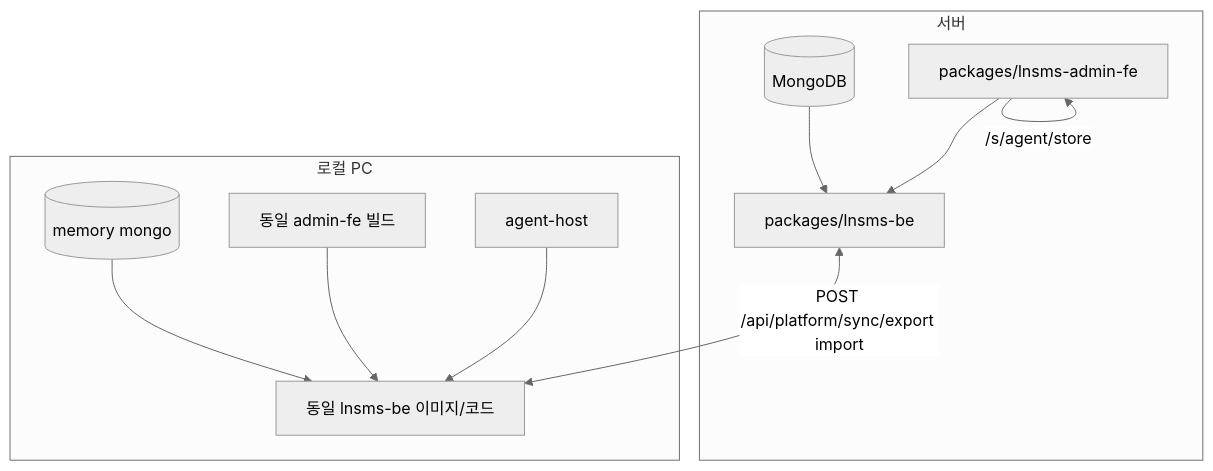
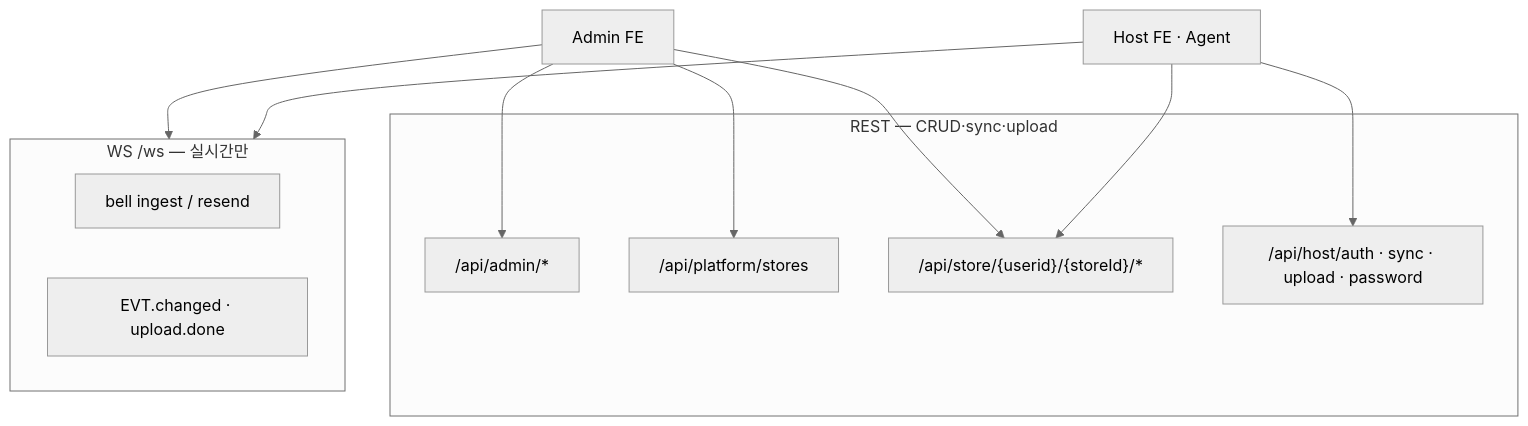
The diagram in plan.md (delphism84/lnsms_acc), drawn with Mermaid (neutral theme) before and after one commit. The commit also changed other lines of this file and 116 other files, not shown here.

First line of the commit message:
Greenfield LNSMS: host auto-login, WS events, tus upload, and LocalStack.

````diff
--- a/plan.md
+++ b/plan.md
@@ -247,24 +28,23 @@
 ```mermaid
 flowchart TB
-  subgraph server [서버]
-    PM[(MongoDB)]
-    PBE[packages/lnsms-be]
-    PFE[packages/lnsms-admin-fe]
-    PM --> PBE
-    PFE --> PBE
+  subgraph rest [REST — CRUD·sync·upload]
+    PA["/api/admin/*"]
+    PP["/api/platform/stores"]
+    ST["/api/store/{userid}/{storeId}/*"]
+    HS["/api/host/auth · sync · upload · password"]
   end
 
-  subgraph local [로컬 PC]
-    LM[(memory mongo)]
-    LBE[동일 lnsms-be 이미지/코드]
-    LFE[동일 admin-fe 빌드]
-    AH[agent-host]
-    LM --> LBE
-    LFE --> LBE
-    AH --> LBE
+  subgraph ws [WS /ws — 실시간만]
+    BELL[bell ingest / resend]
+    EVT[EVT.changed · upload.done]
   end
 
-  PBE <-->|POST /api/platform/sync/export import| LBE
-  PFE -->|/platform| PFE
-  PFE -->|/s/agent/store| PFE
+  Admin["Admin FE"] --> PA
+  Admin --> PP
+  Admin --> ST
+  Admin --> ws
+
+  Host["Host FE · Agent"] --> HS
+  Host --> ST
+  Host --> ws
 ```
````
